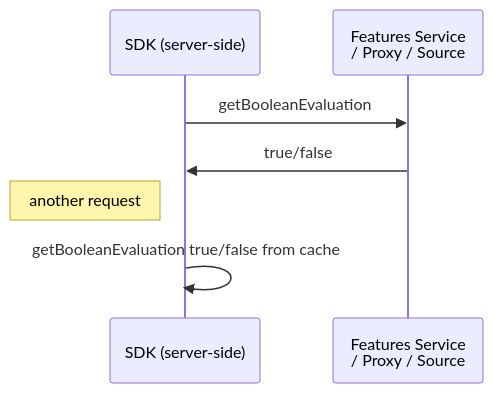
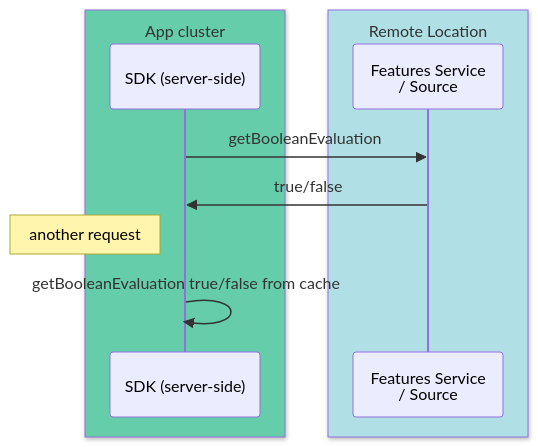
One commit to liran2000/openfeature.dev changed the third of 5 diagrams in blog/2023-11-01-feature-flags-sdks-architectures.md. Above: the diagram before and after it, drawn with Mermaid. The commit also changed other lines of this file, not shown here.

Commit message:
enrich sequence diagrams with proxy

````diff
--- a/blog/2023-11-01-feature-flags-sdks-architectures.md
+++ b/blog/2023-11-01-feature-flags-sdks-architectures.md
@@ -86,9 +118,13 @@
 ```mermaid
 sequenceDiagram
-  participant SDK as SDK (server-side)
-  participant features as Features Service <br> / Proxy / Source
+  box MediumAquamarine App cluster
+    participant SDK as SDK (server-side)
+  end
+  box PowderBlue Remote Location
+    participant features as Features Service <br> / Source
+  end
   SDK->>features: getBooleanEvaluation
   features->>SDK: true/false
   note left of SDK: another request
   SDK->>SDK: getBooleanEvaluation true/false from cache
 ```
````
